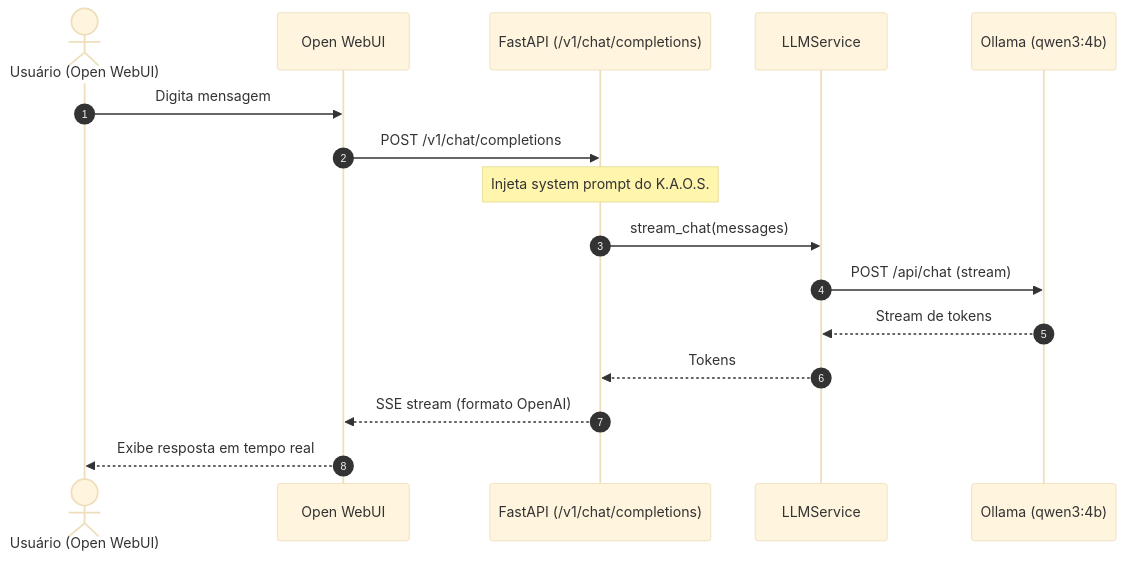
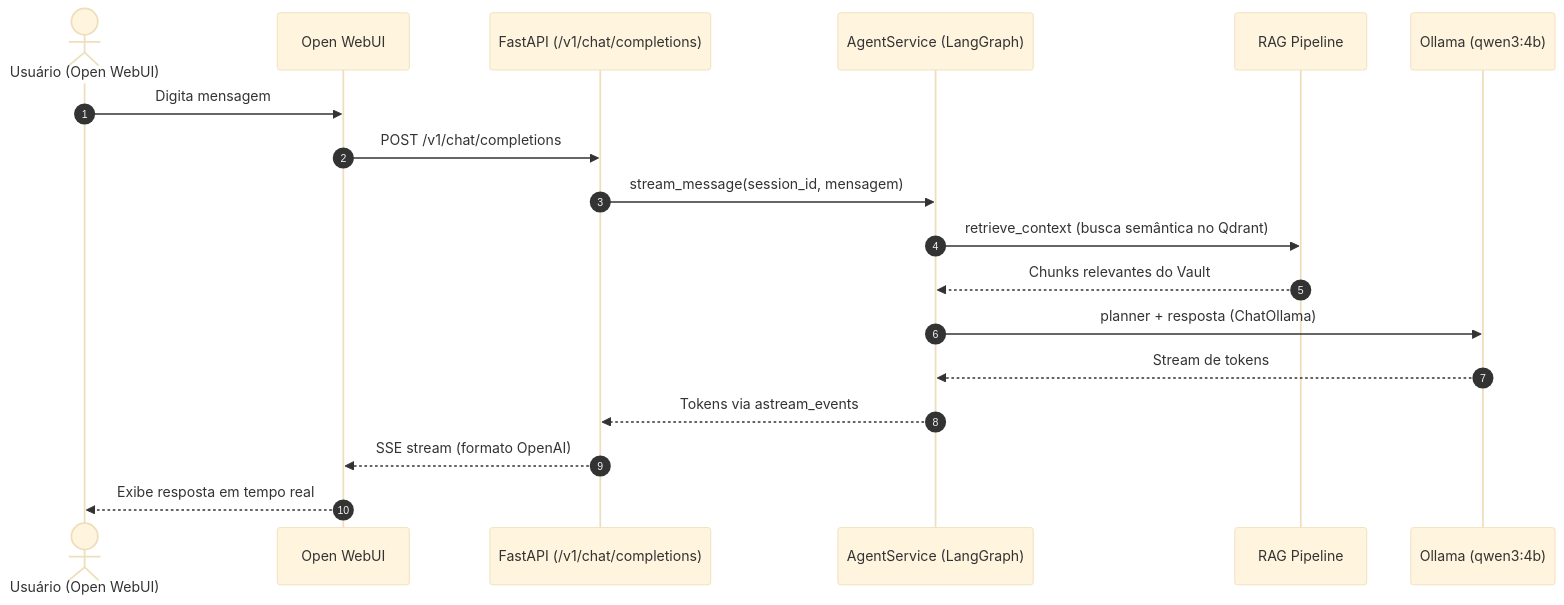
The first of 2 diagrams in docs/02_fluxo_dados.md (Brian5m1th/K.A.O.S), drawn with Mermaid (base theme) before and after one commit. The commit also changed other lines of this file and 13 other files, not shown here.

````diff
--- a/docs/02_fluxo_dados.md
+++ b/docs/02_fluxo_dados.md
@@ -15,19 +15,21 @@
 ```mermaid
 sequenceDiagram
     autonumber
     actor User as Usuário (Open WebUI)
     participant OWUI as Open WebUI
     participant PROXY as FastAPI (/v1/chat/completions)
-    participant LLM as LLMService
-    participant OLLAMA as Ollama (qwen3:4b)
+    participant AGENT as AgentService (LangGraph)
+    participant RAG as RAG Pipeline
+    participant LLM as Ollama (qwen3:4b)
 
     User->>OWUI: Digita mensagem
     OWUI->>PROXY: POST /v1/chat/completions
-    Note over PROXY: Injeta system prompt do K.A.O.S.
-    PROXY->>LLM: stream_chat(messages)
-    LLM->>OLLAMA: POST /api/chat (stream)
-    OLLAMA-->>LLM: Stream de tokens
-    LLM-->>PROXY: Tokens
+    PROXY->>AGENT: stream_message(session_id, mensagem)
+    AGENT->>RAG: retrieve_context (busca semântica no Qdrant)
+    RAG-->>AGENT: Chunks relevantes do Vault
+    AGENT->>LLM: planner + resposta (ChatOllama)
+    LLM-->>AGENT: Stream de tokens
+    AGENT-->>PROXY: Tokens via astream_events
     PROXY-->>OWUI: SSE stream (formato OpenAI)
     OWUI-->>User: Exibe resposta em tempo real
 ```
````
